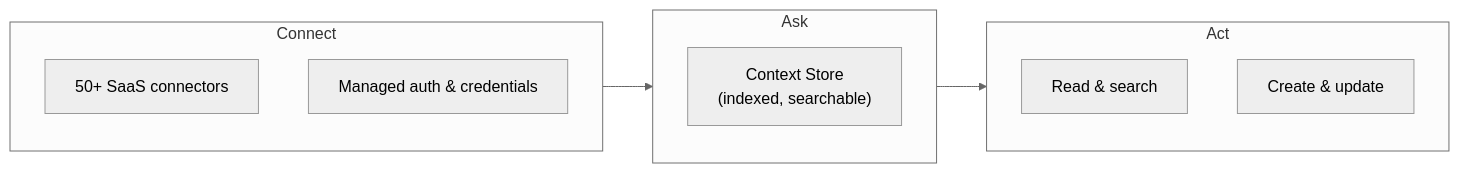
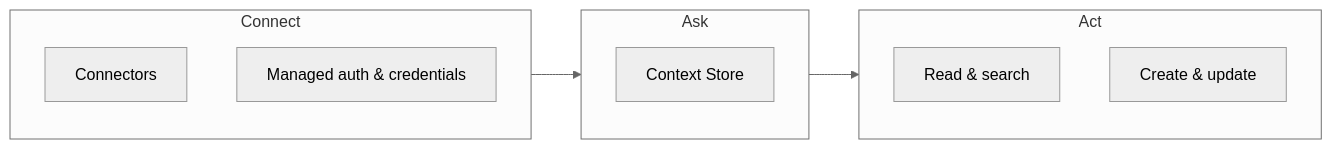
Before and after one commit to youngd-lunit/airbyte: the diagram in docs/ai-agents/get-started/what-is-airbyte-agents.md, drawn with Mermaid (neutral theme). The commit also changed other lines of this file and 10 other files, not shown here.

````diff
--- a/docs/ai-agents/get-started/what-is-airbyte-agents.md
+++ b/docs/ai-agents/get-started/what-is-airbyte-agents.md
@@ -29,15 +31,15 @@
 ```mermaid
 flowchart LR
     subgraph connect["Connect"]
-        C1["50+ SaaS connectors"]
+        C1["Connectors"]
         C2["Managed auth & credentials"]
     end
     subgraph ask["Ask"]
-        CS["Context Store<br/>(indexed, searchable)"]
+        CS["Context Store"]
     end
     subgraph act["Act"]
         A1["Read & search"]
         A2["Create & update"]
     end
     connect --> ask --> act
 ```
````
